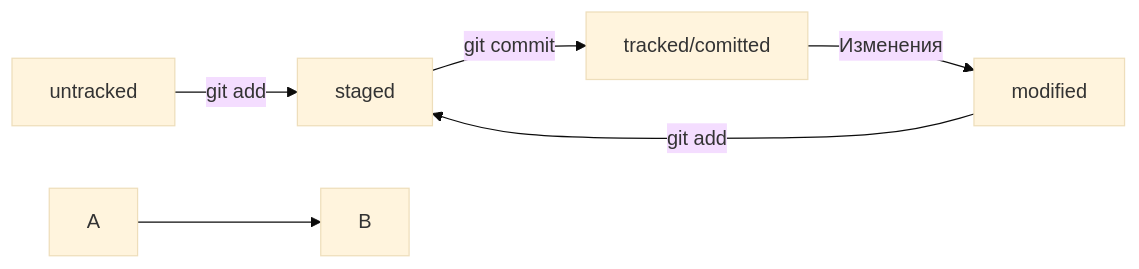
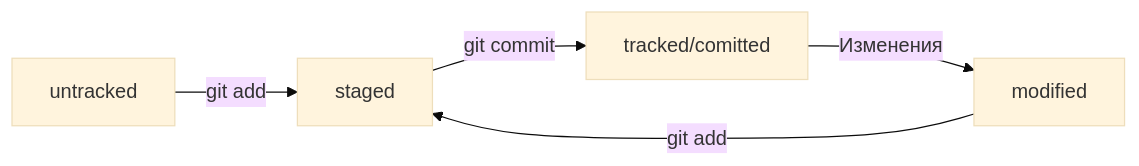
The diagram in README.md (s1lenter/ProjectHelper), drawn with Mermaid (base theme) before and after one commit.

Commit message:
Добавить заголовок и убрать лишнюю схему

````diff
--- a/README.md
+++ b/README.md
@@ -100,9 +102,6 @@
 ```mermaid
 graph LR;
   untracked -- "git add" --> staged;
   modified -- "git add" --> staged;
   staged    -- "git commit"     --> tracked/comitted -- "Изменения" --> modified;
-
-%% стрелка без текста для примера: 
-  A --> B;
 ```
````
